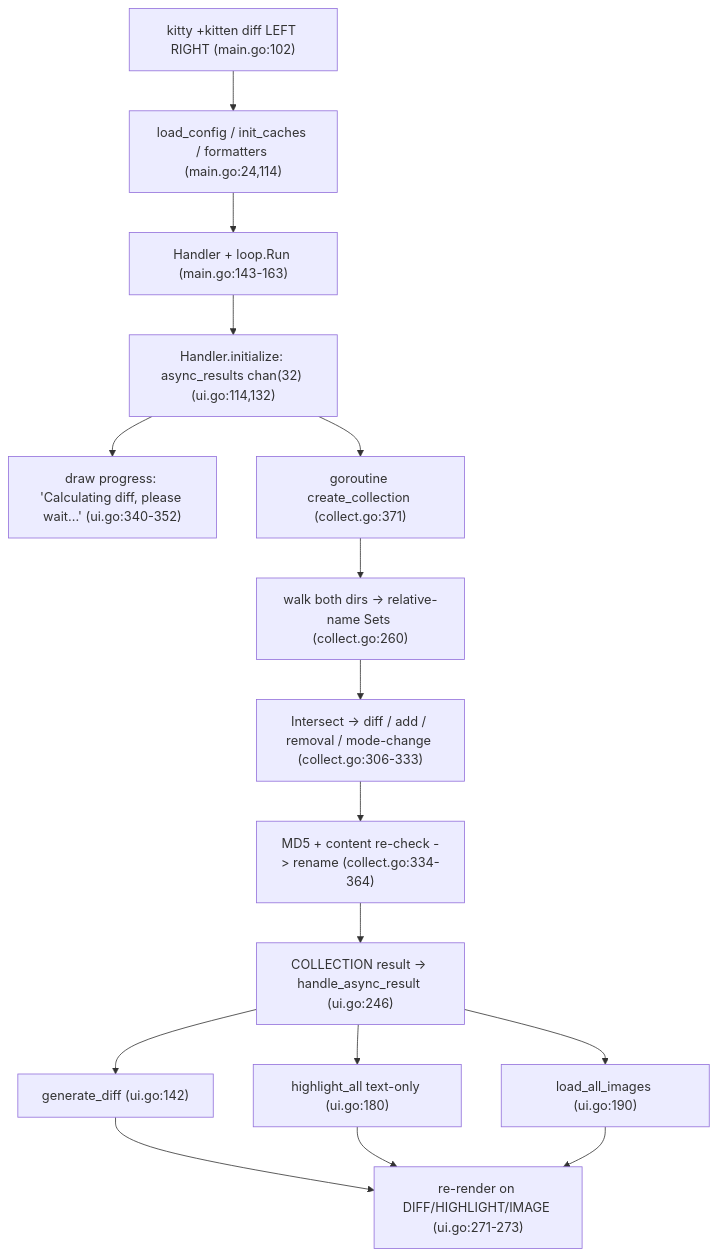
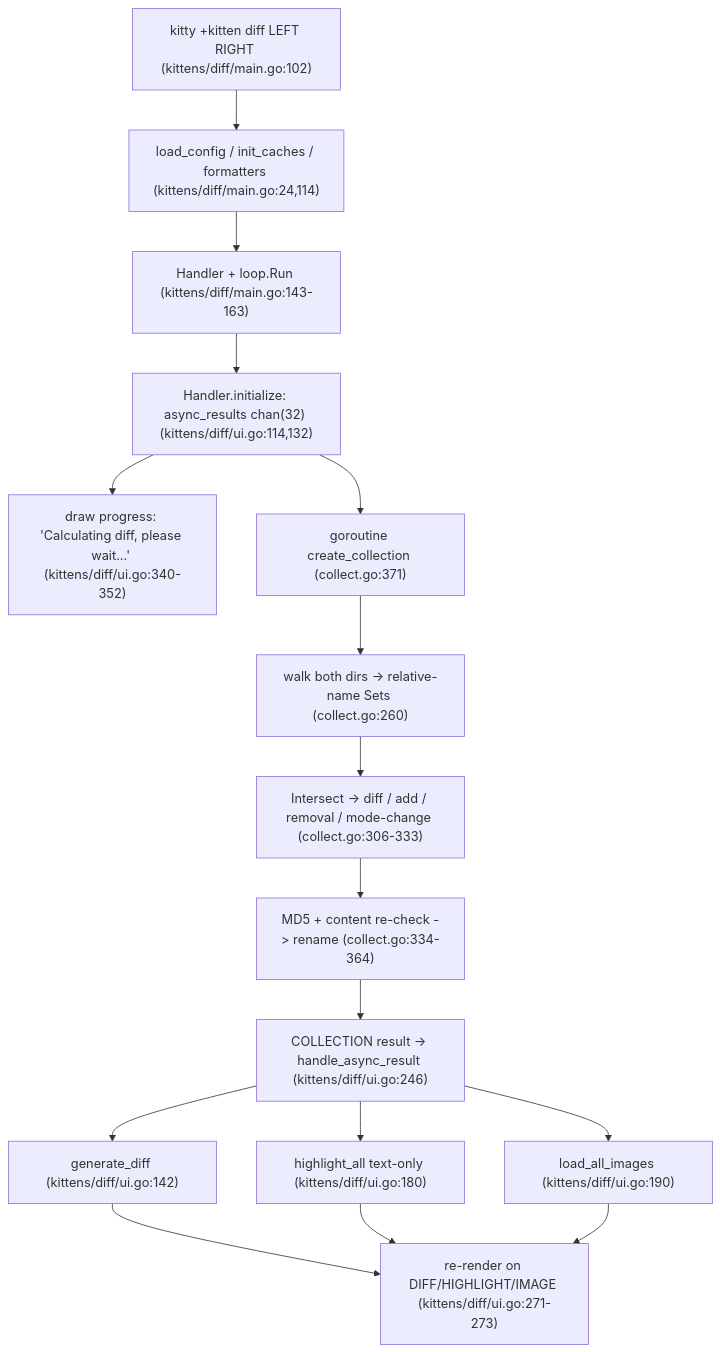
One commit to blitzy-research/kitty changed the diagram in blitzy/documentation/kitty_815df1e210e0.md. Above: the diagram before and after it, drawn with Mermaid. The commit also changed other lines of this file, not shown here.

````diff
--- a/blitzy/documentation/kitty_815df1e210e0.md
+++ b/blitzy/documentation/kitty_815df1e210e0.md
@@ -1235,18 +1668,18 @@
 ```mermaid
 flowchart TD
-    A["kitty +kitten diff LEFT RIGHT (main.go:102)"] --> B["load_config / init_caches / formatters (main.go:24,114)"]
-    B --> C["Handler + loop.Run (main.go:143-163)"]
-    C --> D["Handler.initialize: async_results chan(32) (ui.go:114,132)"]
-    D --> E["draw progress: 'Calculating diff, please wait...' (ui.go:340-352)"]
+    A["kitty +kitten diff LEFT RIGHT (kittens/diff/main.go:102)"] --> B["load_config / init_caches / formatters (kittens/diff/main.go:24,114)"]
+    B --> C["Handler + loop.Run (kittens/diff/main.go:143-163)"]
+    C --> D["Handler.initialize: async_results chan(32) (kittens/diff/ui.go:114,132)"]
+    D --> E["draw progress: 'Calculating diff, please wait...' (kittens/diff/ui.go:340-352)"]
     D --> F["goroutine create_collection (collect.go:371)"]
     F --> G["walk both dirs -> relative-name Sets (collect.go:260)"]
     G --> H["Intersect -> diff / add / removal / mode-change (collect.go:306-333)"]
     H --> I["MD5 + content re-check -> rename (collect.go:334-364)"]
-    I --> J["COLLECTION result -> handle_async_result (ui.go:246)"]
-    J --> K["generate_diff (ui.go:142)"]
-    J --> L["highlight_all text-only (ui.go:180)"]
-    J --> M["load_all_images (ui.go:190)"]
-    K --> N["re-render on DIFF/HIGHLIGHT/IMAGE (ui.go:271-273)"]
+    I --> J["COLLECTION result -> handle_async_result (kittens/diff/ui.go:246)"]
+    J --> K["generate_diff (kittens/diff/ui.go:142)"]
+    J --> L["highlight_all text-only (kittens/diff/ui.go:180)"]
+    J --> M["load_all_images (kittens/diff/ui.go:190)"]
+    K --> N["re-render on DIFF/HIGHLIGHT/IMAGE (kittens/diff/ui.go:271-273)"]
     L --> N
     M --> N
 ```
````
